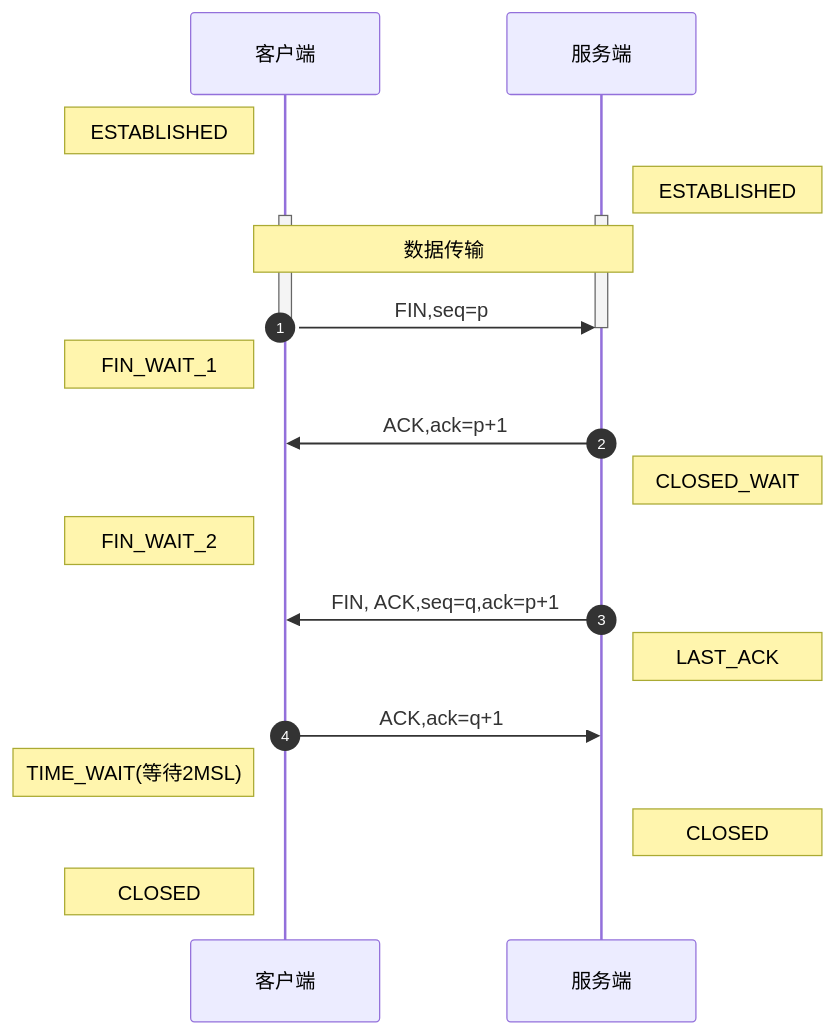
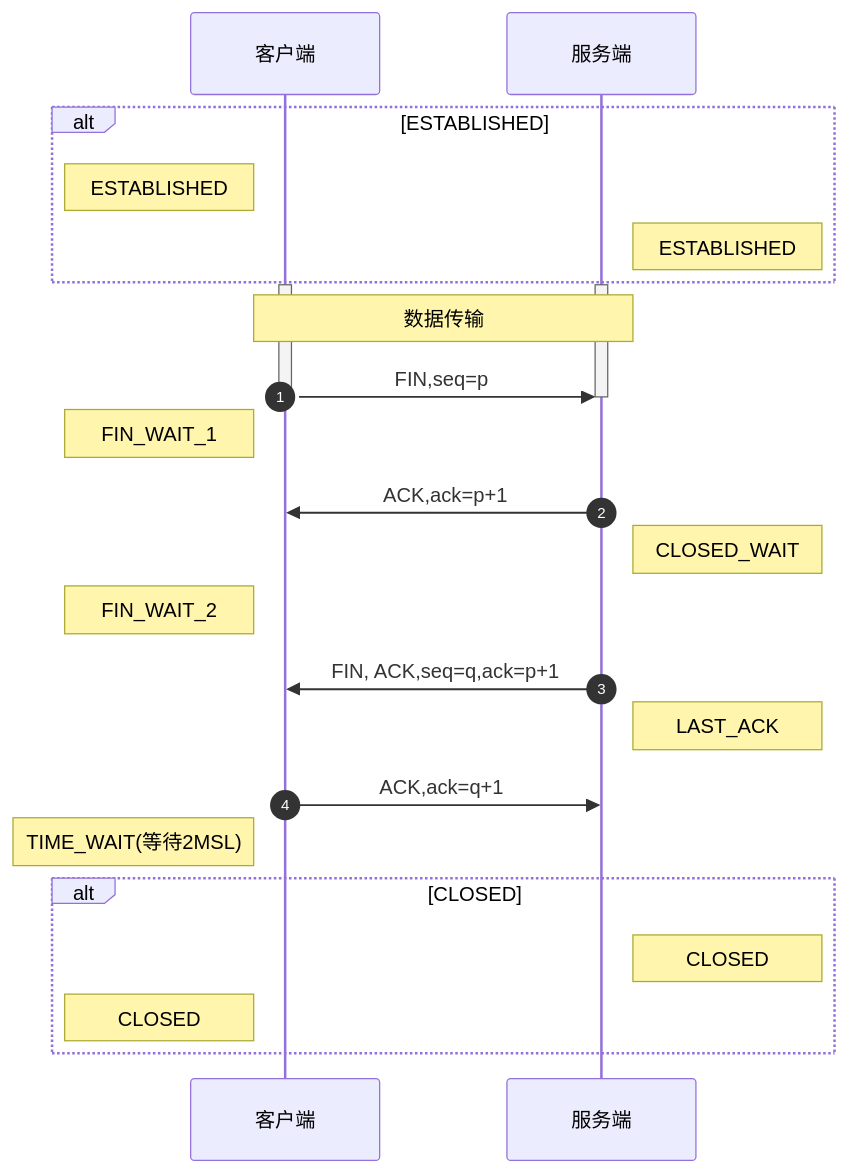
One commit to kyriejoshua/network-protocol-notes changed the fifth of 5 diagrams in lib/底层网络知识之重要的传输层/TCP/index.md. Above: the diagram before and after it, drawn with Mermaid. The commit also changed other lines of this file and 2 other files, not shown here.

````diff
--- a/lib/底层网络知识之重要的传输层/TCP/index.md
+++ b/lib/底层网络知识之重要的传输层/TCP/index.md
@@ -100,22 +180,26 @@
 ```mermaid
 sequenceDiagram
 	autonumber
-	Note left of 客户端: ESTABLISHED
-	Note right of 服务端: ESTABLISHED
+	alt ESTABLISHED
+		Note left of 客户端: ESTABLISHED
+		Note right of 服务端: ESTABLISHED
+	end
 	activate 客户端
 	activate 服务端
 	Note over 客户端,服务端: 数据传输
 	客户端->>服务端: FIN,seq=p
 	deactivate 客户端
 	deactivate 服务端
 	Note left of 客户端: FIN_WAIT_1
 	服务端->>客户端: ACK,ack=p+1
 	Note right of 服务端: CLOSED_WAIT
 	Note left of 客户端: FIN_WAIT_2
 	服务端->>客户端: FIN, ACK,seq=q,ack=p+1
 	Note right of 服务端: LAST_ACK
 	客户端->>服务端: ACK,ack=q+1
 	Note left of 客户端: TIME_WAIT(等待2MSL)
-	Note right of 服务端: CLOSED
-	Note left of 客户端: CLOSED
+	alt CLOSED
+		Note right of 服务端: CLOSED
+		Note left of 客户端: CLOSED
+	end
 ```
````
